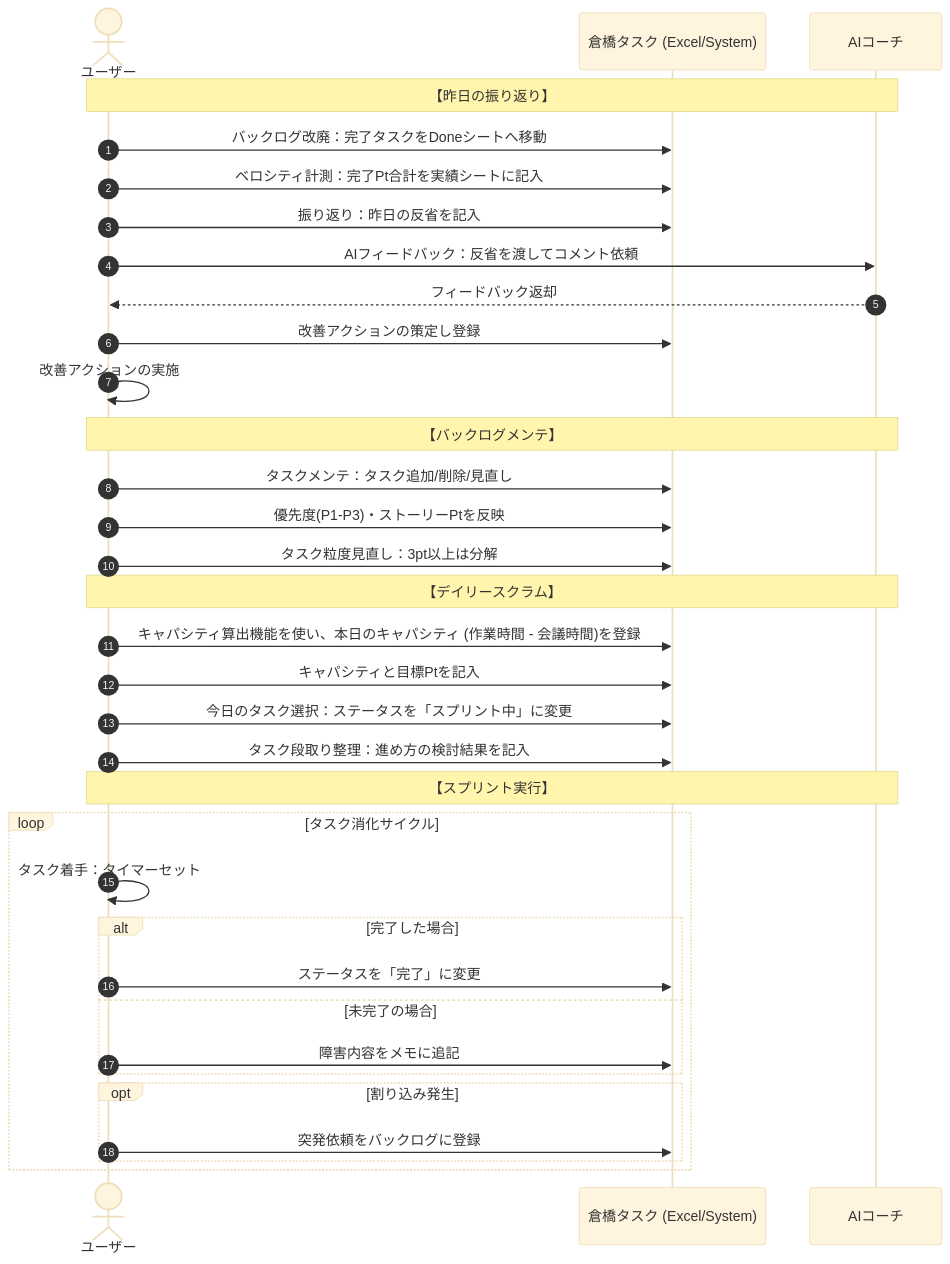
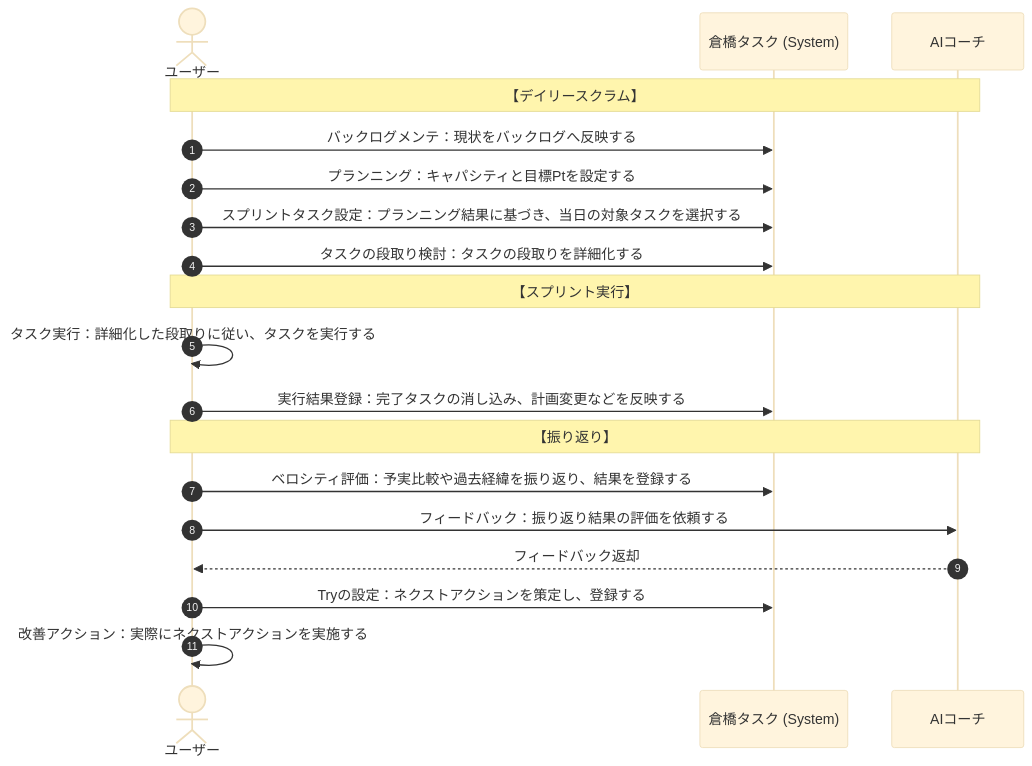
Before and after one commit to kurahashi-rx/kurahashi-task-v1: the first of 2 diagrams in docs/concept.md, drawn with Mermaid (base theme). The commit also changed other lines of this file and 4 other files, not shown here.

````diff
--- a/docs/concept.md
+++ b/docs/concept.md
@@ -9,41 +9,25 @@
 ```mermaid
 sequenceDiagram
     autonumber
     actor User as ユーザー
-    participant App as 倉橋タスク (Excel/System)
+    participant App as 倉橋タスク (System)
     participant AI as AIコーチ
 
-    Note over User, AI: 【昨日の振り返り】
-    User->>App: バックログ改廃：完了タスクをDoneシートへ移動
-    User->>App: ベロシティ計測：完了Pt合計を実績シートに記入
-    User->>App: 振り返り：昨日の反省を記入
-    User->>AI: AIフィードバック：反省を渡してコメント依頼
-    AI-->>User: フィードバック返却
-    User->>App: 改善アクションの策定し登録
-    User->>User: 改善アクションの実施
-
-    Note over User, AI: 【バックログメンテ】
-    User->>App: タスクメンテ：タスク追加/削除/見直し
-    User->>App: 優先度(P1-P3)・ストーリーPtを反映
-    User->>App: タスク粒度見直し：3pt以上は分解
-
     Note over User, AI: 【デイリースクラム】
-    User->>App: キャパシティ算出機能を使い、本日のキャパシティ (作業時間 - 会議時間)を登録
-    User->>App: キャパシティと目標Ptを記入
-    User->>App: 今日のタスク選択：ステータスを「スプリント中」に変更
-    User->>App: タスク段取り整理：進め方の検討結果を記入
+    User->>App: バックログメンテ：現状をバックログへ反映する
+    User->>App: プランニング：キャパシティと目標Ptを設定する
+    User->>App: スプリントタスク設定：プランニング結果に基づき、当日の対象タスクを選択する
+    User->>App: タスクの段取り検討：タスクの段取りを詳細化する
 
     Note over User, AI: 【スプリント実行】
-    loop タスク消化サイクル
-        User->>User: タスク着手：タイマーセット
-        alt 完了した場合
-            User->>App: ステータスを「完了」に変更
-        else 未完了の場合
-            User->>App: 障害内容をメモに追記
-        end
-        
-        opt 割り込み発生
-            User->>App: 突発依頼をバックログに登録
-        end
-    end
+    User->>User: タスク実行：詳細化した段取りに従い、タスクを実行する
+    User->>App: 実行結果登録：完了タスクの消し込み、計画変更などを反映する
+
+    Note over User, AI: 【振り返り】
+    User->>App: ベロシティ評価：予実比較や過去経緯を振り返り、結果を登録する
+    User->>AI: フィードバック：振り返り結果の評価を依頼する
+    AI-->>User: フィードバック返却
+    User->>App: Tryの設定：ネクストアクションを策定し、登録する
+    User->>User: 改善アクション：実際にネクストアクションを実施する
+
 ```
````
